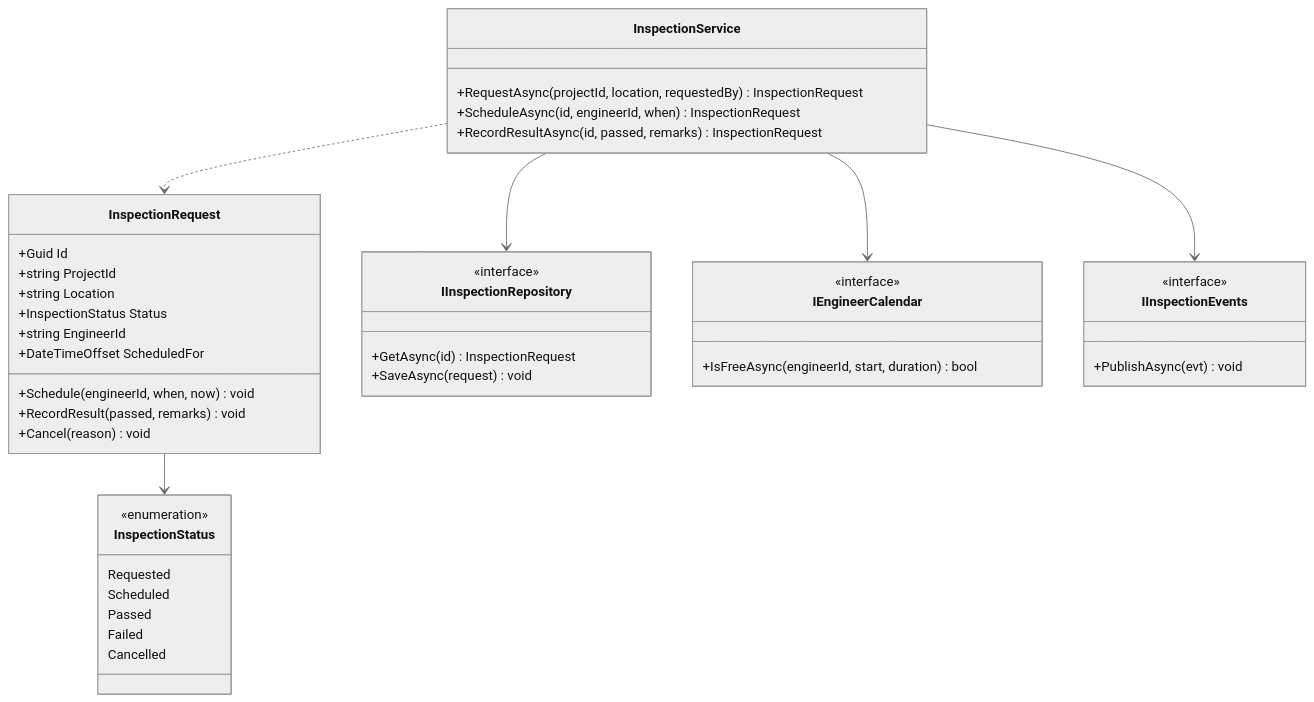
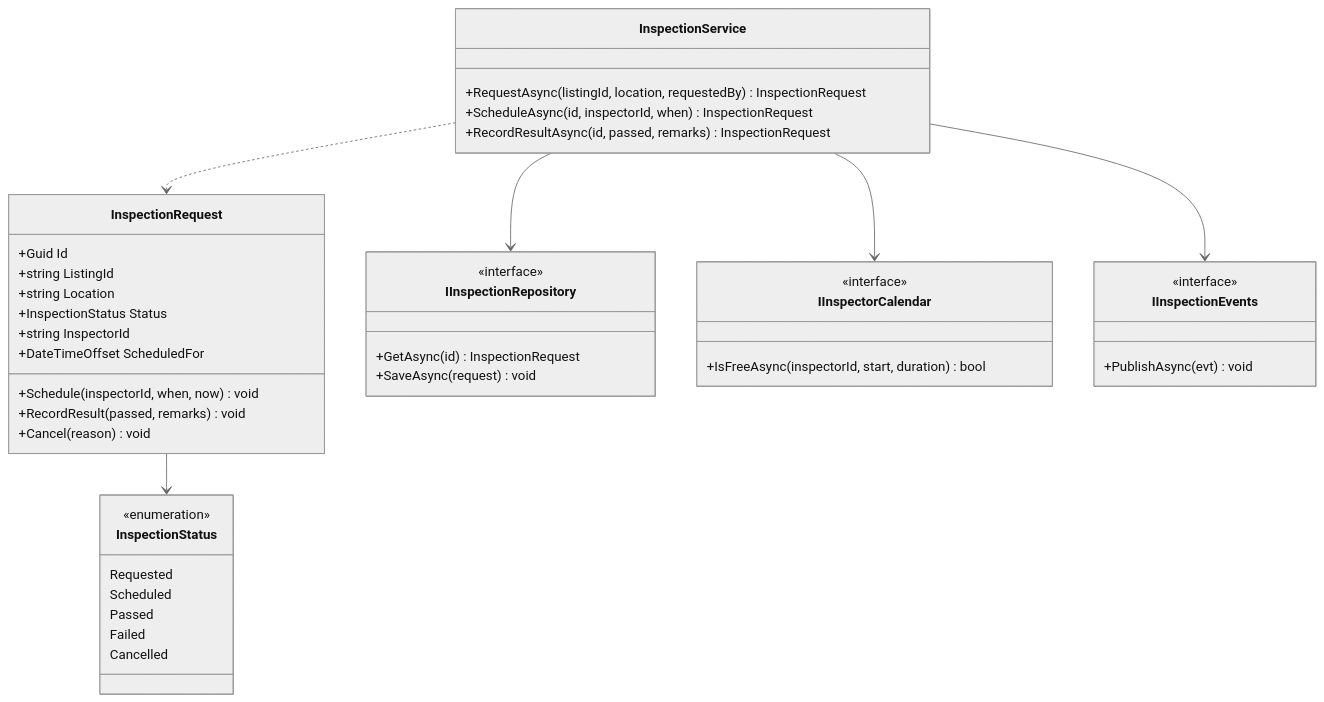
Before and after one commit to rizwi0786/system-design-lab: the second of 5 diagrams in content/lessons/m02/m02-hld-vs-lld.md, drawn with Mermaid (neutral theme). The commit also changed other lines of this file and 334 other files, not shown here.

````diff
--- a/content/lessons/m02/m02-hld-vs-lld.md
+++ b/content/lessons/m02/m02-hld-vs-lld.md
@@ -169,45 +169,45 @@
 ```mermaid
 classDiagram
     class InspectionRequest {
         +Guid Id
-        +string ProjectId
+        +string ListingId
         +string Location
         +InspectionStatus Status
-        +string EngineerId
+        +string InspectorId
         +DateTimeOffset ScheduledFor
-        +Schedule(engineerId, when, now) void
+        +Schedule(inspectorId, when, now) void
         +RecordResult(passed, remarks) void
         +Cancel(reason) void
     }
     class InspectionStatus {
         <<enumeration>>
         Requested
         Scheduled
         Passed
         Failed
         Cancelled
     }
     class InspectionService {
-        +RequestAsync(projectId, location, requestedBy) InspectionRequest
-        +ScheduleAsync(id, engineerId, when) InspectionRequest
+        +RequestAsync(listingId, location, requestedBy) InspectionRequest
+        +ScheduleAsync(id, inspectorId, when) InspectionRequest
         +RecordResultAsync(id, passed, remarks) InspectionRequest
     }
     class IInspectionRepository {
         <<interface>>
         +GetAsync(id) InspectionRequest
         +SaveAsync(request) void
     }
-    class IEngineerCalendar {
+    class IInspectorCalendar {
         <<interface>>
-        +IsFreeAsync(engineerId, start, duration) bool
+        +IsFreeAsync(inspectorId, start, duration) bool
     }
     class IInspectionEvents {
         <<interface>>
         +PublishAsync(evt) void
     }
     InspectionService --> IInspectionRepository
-    InspectionService --> IEngineerCalendar
+    InspectionService --> IInspectorCalendar
     InspectionService --> IInspectionEvents
     InspectionService ..> InspectionRequest
     InspectionRequest --> InspectionStatus
 ```
````
